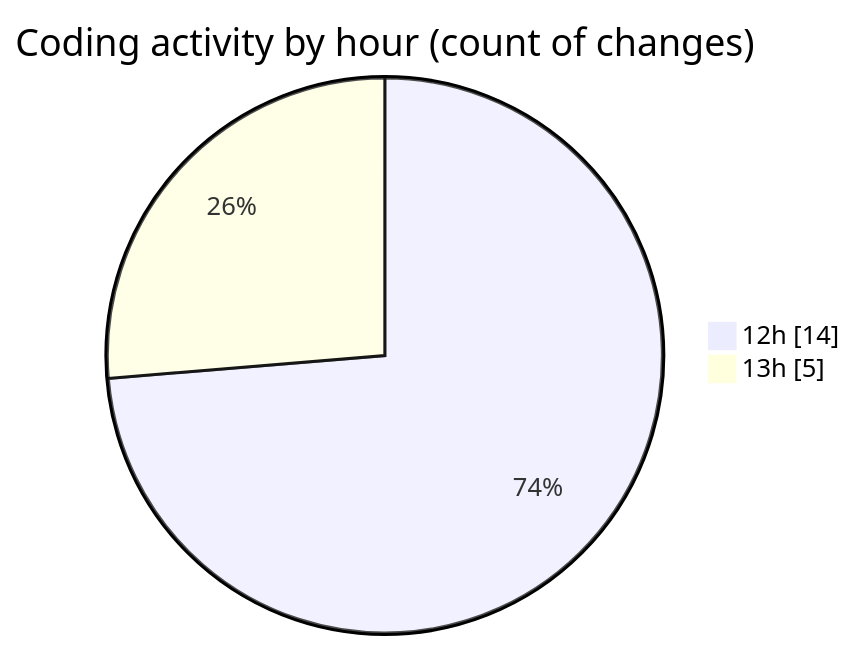
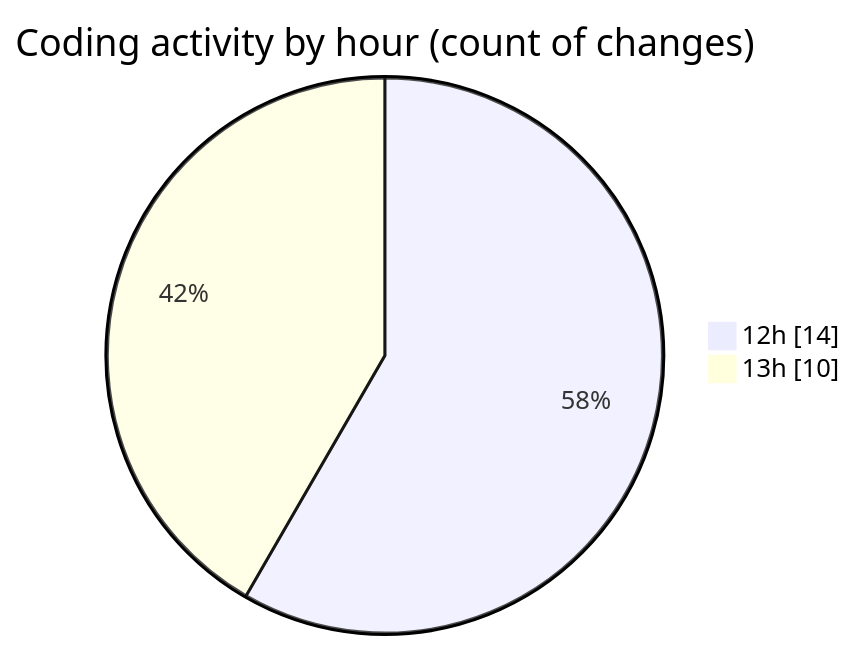
The second of 2 diagrams in 2025-04-11/web/README.md (LanceThiago/code-tracking), drawn with Mermaid before and after one commit. The commit also changed other lines of this file and 1 other file, not shown here.

````diff
--- a/2025-04-11/web/README.md
+++ b/2025-04-11/web/README.md
@@ -32,6 +32,6 @@
 ```mermaid
 pie showData
 title Coding activity by hour (count of changes)
 "12h" : 14
-"13h" : 5
+"13h" : 10
 ```
````
